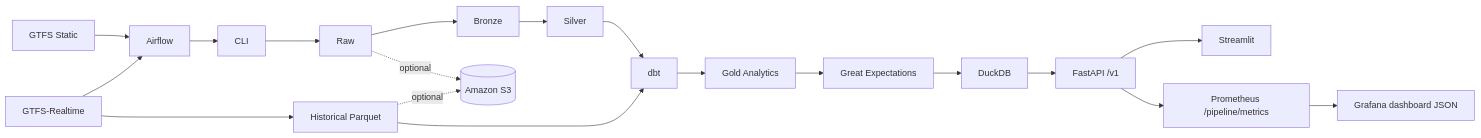
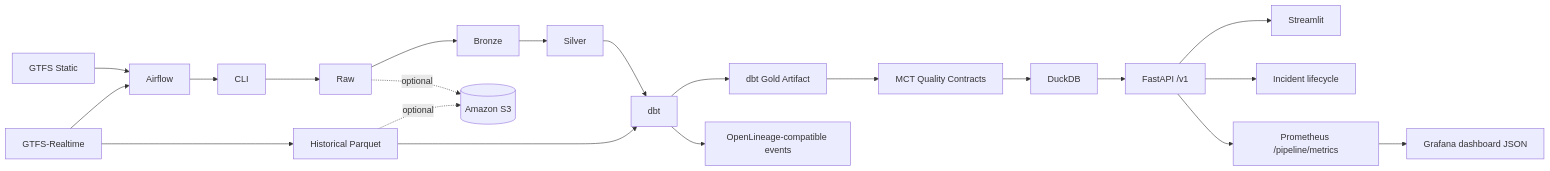
The diagram in README.md (KYoussefAI/Mobility_Control_Tower), drawn with Mermaid before and after one commit. The commit also changed other lines of this file and 206 other files, not shown here.

````diff
--- a/README.md
+++ b/README.md
@@ -9,21 +9,23 @@
 ```mermaid
 flowchart LR
     GTFS[GTFS Static] --> AF[Airflow]
     GRT[GTFS-Realtime] --> AF
     AF --> CLI[CLI]
     CLI --> RAW[Raw]
     RAW --> BRONZE[Bronze]
     BRONZE --> SILVER[Silver]
     SILVER --> DBT[dbt]
     GRT --> PARQUET[Historical Parquet]
     PARQUET --> DBT
-    DBT --> GOLD[Gold Analytics]
-    GOLD --> GE[Great Expectations]
-    GE --> DUCK[DuckDB]
+    DBT --> GOLD[dbt Gold Artifact]
+    GOLD --> QC[MCT Quality Contracts]
+    QC --> DUCK[DuckDB]
     DUCK --> API[FastAPI /v1]
     API --> DASH[Streamlit]
+    API --> INC[Incident lifecycle]
     API --> PROM[Prometheus /pipeline/metrics]
     PROM --> GRAF[Grafana dashboard JSON]
+    DBT --> LIN[OpenLineage-compatible events]
     RAW -. optional .-> S3[(Amazon S3)]
     PARQUET -. optional .-> S3
 ```
````
